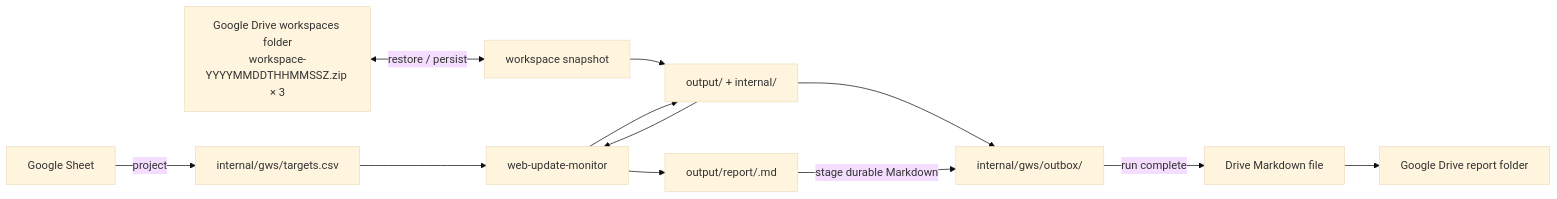
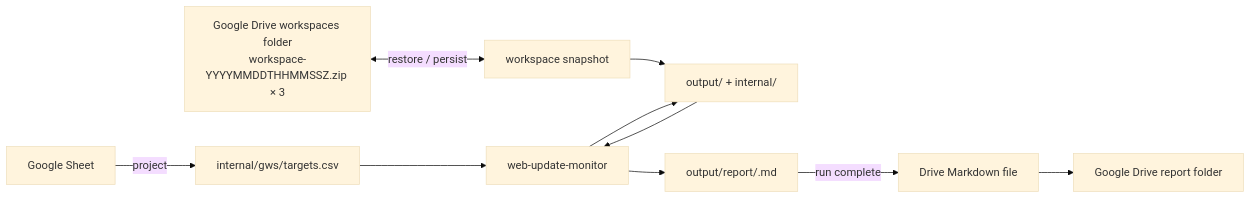
One commit to dceoy/wsum changed the diagram in skills/web-update-monitor-gws/SKILL.md. Above: the diagram before and after it, drawn with Mermaid (base theme). The commit also changed other lines of this file, not shown here.

Commit message:
Simplify GWS report delivery

````diff
--- a/skills/web-update-monitor-gws/SKILL.md
+++ b/skills/web-update-monitor-gws/SKILL.md
@@ -16,14 +16,12 @@
 ```mermaid
 flowchart LR
     GS["Google Sheet"] -->|project| CSV["internal/gws/targets.csv"]
     DS["Google Drive workspaces folder<br/>workspace-YYYYMMDDTHHMMSSZ.zip × 3"] <-->|restore / persist| WS["workspace snapshot"]
     WS --> WORKSPACE["output/ + internal/"]
     CSV --> CORE["web-update-monitor"]
     WORKSPACE --> CORE
     CORE --> WORKSPACE
     CORE --> REPORT["output/report/<run-id>.md"]
-    WORKSPACE --> OUT["internal/gws/outbox/"]
-    REPORT -->|stage durable Markdown| OUT
-    OUT -->|run complete| GMD["Drive Markdown file"]
+    REPORT -->|run complete| GMD["Drive Markdown file"]
     GMD --> DR["Google Drive report folder"]
 ```
````
